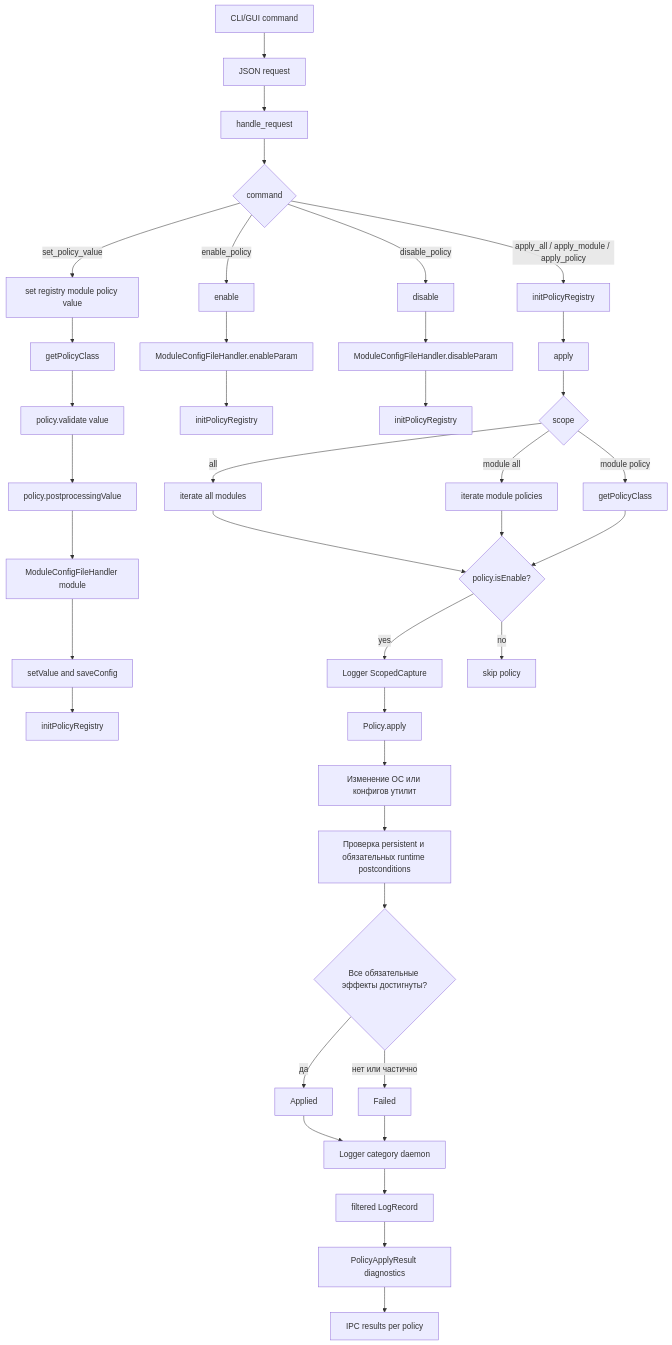
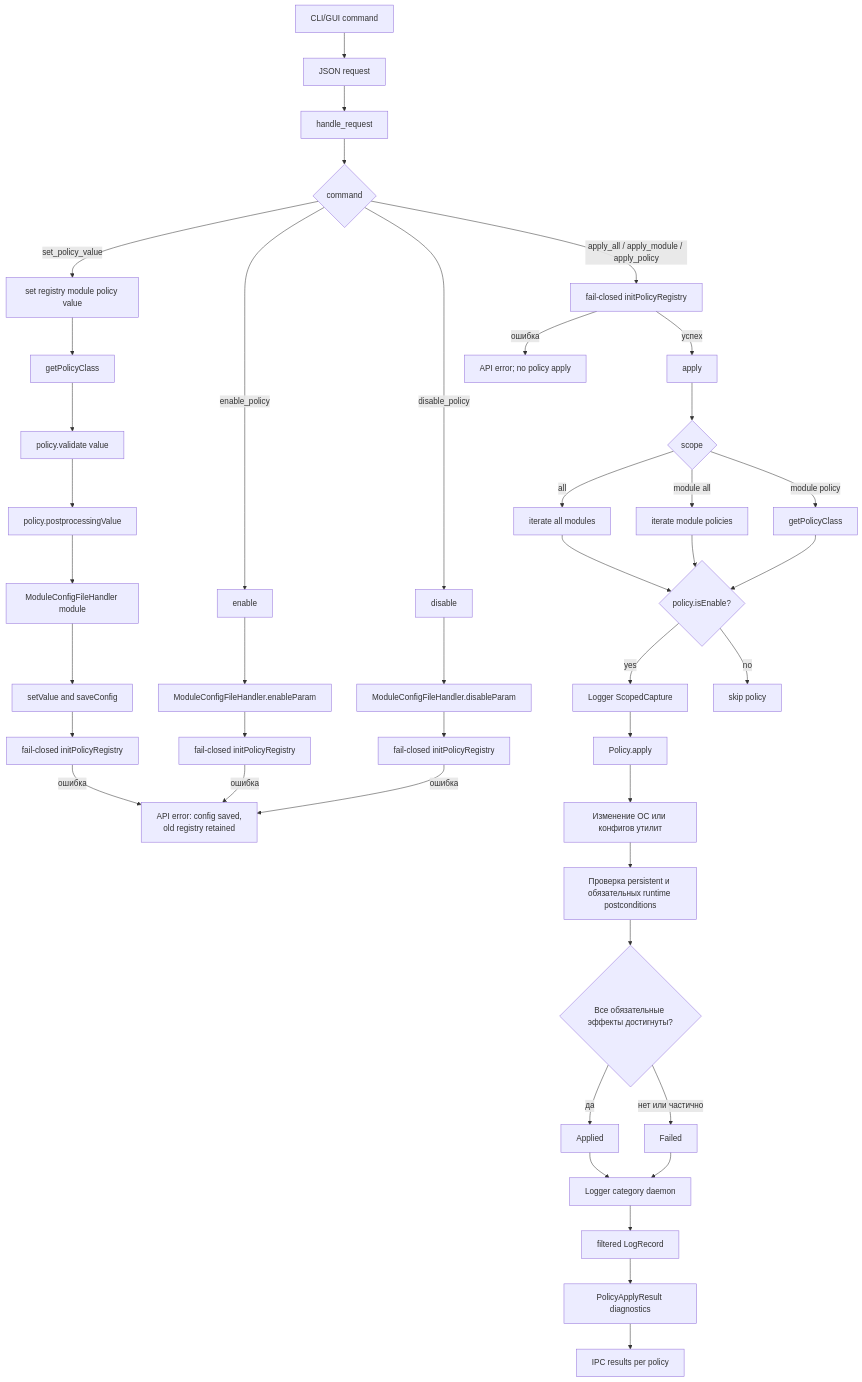
Before and after one commit to RevoltStar/FIC: the eighth of 20 diagrams in docs/architecture-diagrams.md, drawn with Mermaid. The commit also changed other lines of this file and 9 other files, not shown here.

Commit message:
Сделать инициализацию PolicyRegistry fail-closed

````diff
--- a/docs/architecture-diagrams.md
+++ b/docs/architecture-diagrams.md
@@ -309,46 +317,50 @@
 ```mermaid
 flowchart TD
     clientCommand[CLI/GUI command] --> json[JSON request]
     json --> router[handle_request]
 
     router --> commandType{command}
 
     commandType -->|set_policy_value| setFn[set registry module policy value]
     setFn --> getPolicy[getPolicyClass]
     getPolicy --> validate[policy.validate value]
     validate --> postprocess[policy.postprocessingValue]
     postprocess --> moduleConfig[ModuleConfigFileHandler module]
     moduleConfig --> saveValue[setValue and saveConfig]
-    saveValue --> reloadAfterSet[initPolicyRegistry]
+    saveValue --> reloadAfterSet[fail-closed initPolicyRegistry]
+    reloadAfterSet -->|ошибка| savedButNotLoaded[API error: config saved,<br/>old registry retained]
 
     commandType -->|enable_policy| enableFn[enable]
     enableFn --> enableConfig[ModuleConfigFileHandler.enableParam]
-    enableConfig --> reloadAfterEnable[initPolicyRegistry]
+    enableConfig --> reloadAfterEnable[fail-closed initPolicyRegistry]
+    reloadAfterEnable -->|ошибка| savedButNotLoaded
 
     commandType -->|disable_policy| disableFn[disable]
     disableFn --> disableConfig[ModuleConfigFileHandler.disableParam]
-    disableConfig --> reloadAfterDisable[initPolicyRegistry]
+    disableConfig --> reloadAfterDisable[fail-closed initPolicyRegistry]
+    reloadAfterDisable -->|ошибка| savedButNotLoaded
 
-    commandType -->|apply_all / apply_module / apply_policy| reloadBeforeApply[initPolicyRegistry]
-    reloadBeforeApply --> apply[apply]
+    commandType -->|apply_all / apply_module / apply_policy| reloadBeforeApply[fail-closed initPolicyRegistry]
+    reloadBeforeApply -->|ошибка| applyRejected[API error; no policy apply]
+    reloadBeforeApply -->|успех| apply[apply]
     apply --> chooseScope{scope}
     chooseScope -->|all| allModules[iterate all modules]
     chooseScope -->|module all| oneModule[iterate module policies]
     chooseScope -->|module policy| onePolicy[getPolicyClass]
     allModules --> enabledOnly{policy.isEnable?}
     oneModule --> enabledOnly
     onePolicy --> enabledOnly
     enabledOnly -->|yes| capture[Logger ScopedCapture]
     enabledOnly -->|no| skip[skip policy]
     capture --> caf[Policy.apply]
     caf --> osChange[Изменение ОС или конфигов утилит]
     osChange --> verify[Проверка persistent и обязательных runtime postconditions]
     verify --> cafResult{Все обязательные эффекты достигнуты?}
     cafResult -->|да| applied[Applied]
     cafResult -->|нет или частично| failed[Failed]
     applied --> log[Logger category daemon]
     failed --> log
     log --> diagnostic[filtered LogRecord]
     diagnostic --> result[PolicyApplyResult diagnostics]
     result --> response[IPC results per policy]
 ```
````
